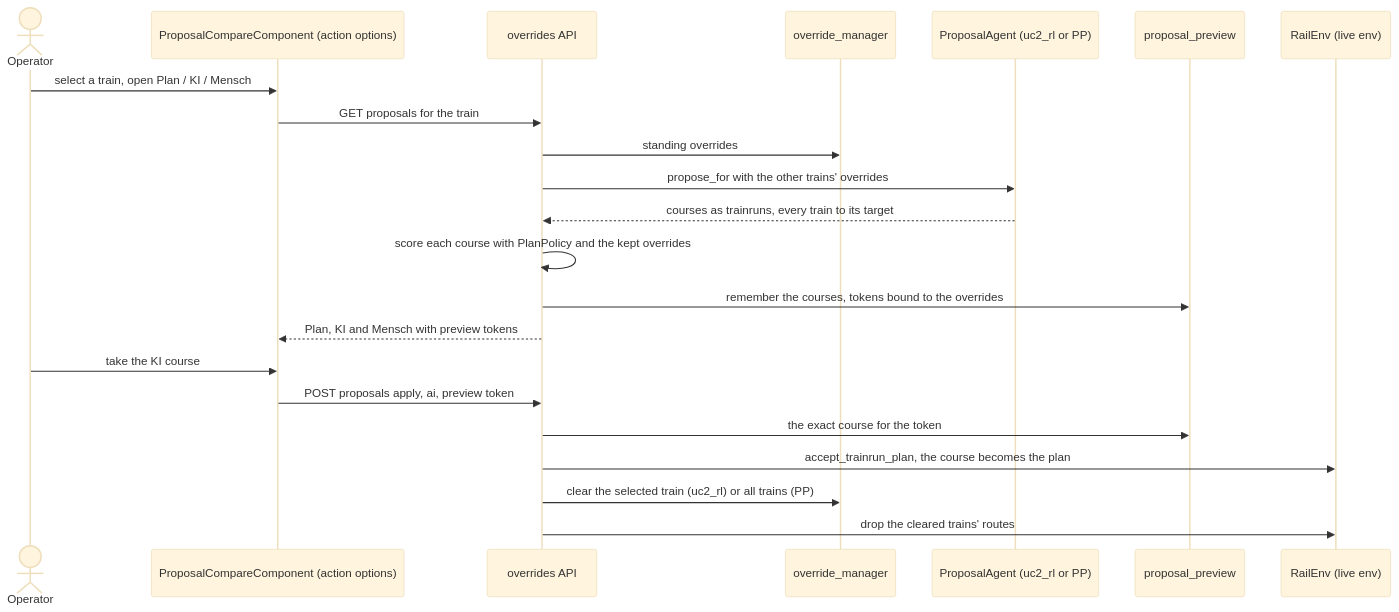
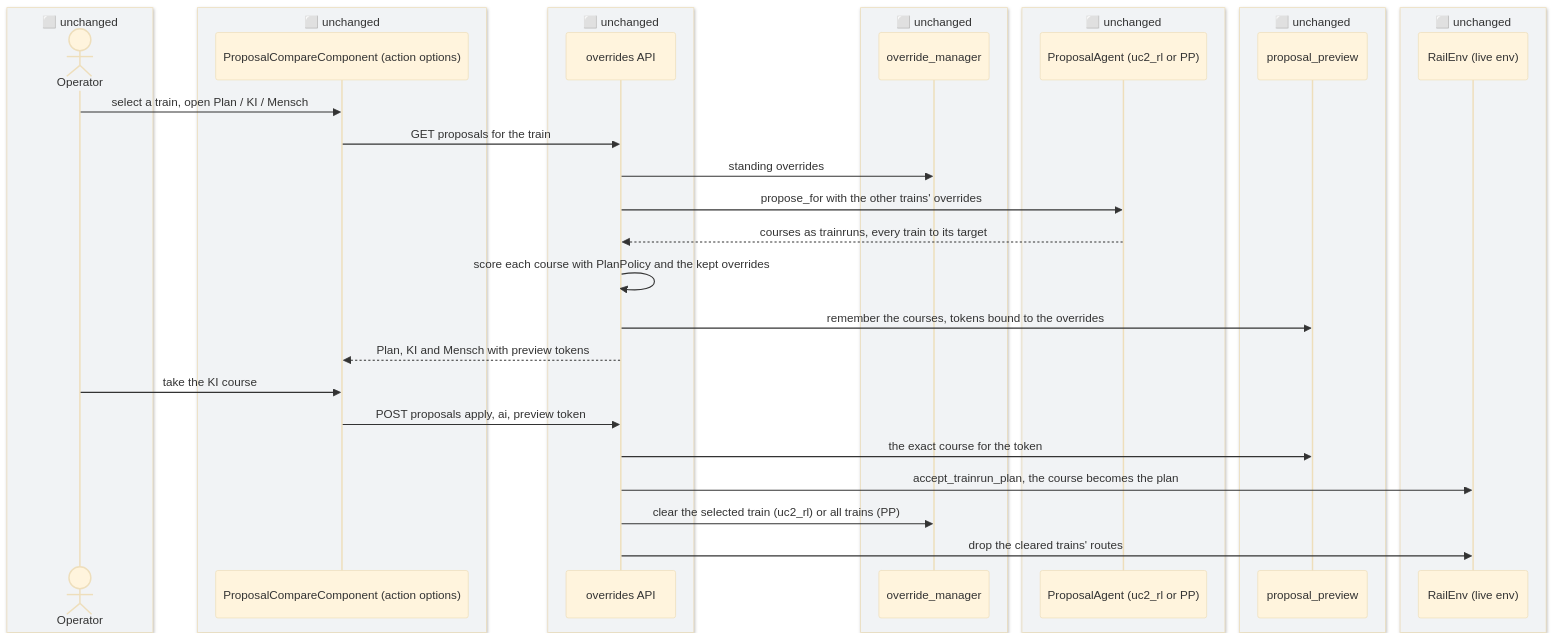
One commit to flatland-association/flatland-ui-hub changed diagram 11 of 18 in docs/plans/set-route-on-map.md. Above: the diagram before and after it, drawn with Mermaid (base theme). The commit also changed other lines of this file, not shown here.

Commit message:
docs(plans): decide Q-11 to Q-13, describe the driver interfaces, #208's kept overrides and ROAM, and plan S-6.

````diff
--- a/docs/plans/set-route-on-map.md
+++ b/docs/plans/set-route-on-map.md
@@ -489,24 +1169,38 @@
 ```mermaid
 sequenceDiagram
-    actor U as Operator
-    participant PC as ProposalCompareComponent (action options)
-    participant API as overrides API
-    participant OM as override_manager
-    participant PA as ProposalAgent (uc2_rl or PP)
-    participant PV as proposal_preview
-    participant ENV as RailEnv (live env)
+    box rgb(241,243,245) ⬜ unchanged
+        actor U as Operator
+    end
+    box rgb(241,243,245) ⬜ unchanged
+        participant PC as ProposalCompareComponent (action options)
+    end
+    box rgb(241,243,245) ⬜ unchanged
+        participant API as overrides API
+    end
+    box rgb(241,243,245) ⬜ unchanged
+        participant OM as override_manager
+    end
+    box rgb(241,243,245) ⬜ unchanged
+        participant PA as ProposalAgent (uc2_rl or PP)
+    end
+    box rgb(241,243,245) ⬜ unchanged
+        participant PV as proposal_preview
+    end
+    box rgb(241,243,245) ⬜ unchanged
+        participant ENV as RailEnv (live env)
+    end
     U->>PC: select a train, open Plan / KI / Mensch
     PC->>API: GET proposals for the train
     API->>OM: standing overrides
     API->>PA: propose_for with the other trains' overrides
     PA-->>API: courses as trainruns, every train to its target
     API->>API: score each course with PlanPolicy and the kept overrides
     API->>PV: remember the courses, tokens bound to the overrides
     API-->>PC: Plan, KI and Mensch with preview tokens
     U->>PC: take the KI course
     PC->>API: POST proposals apply, ai, preview token
     API->>PV: the exact course for the token
     API->>ENV: accept_trainrun_plan, the course becomes the plan
     API->>OM: clear the selected train (uc2_rl) or all trains (PP)
     API->>ENV: drop the cleared trains' routes
 ```
````
